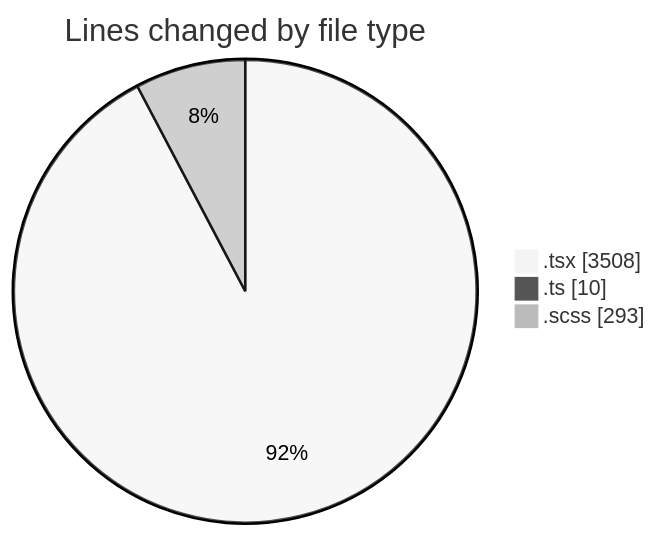
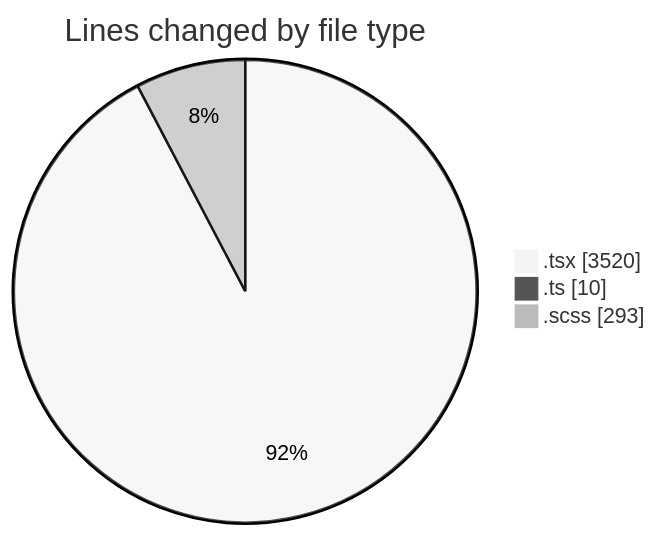
One commit to momahboobian/code-tracking changed the first of 2 diagrams in 2025-11-17/cda/README.md. Above: the diagram before and after it, drawn with Mermaid (neutral theme). The commit also changed other lines of this file and 1 other file, not shown here.

````diff
--- a/2025-11-17/cda/README.md
+++ b/2025-11-17/cda/README.md
@@ -27,7 +27,7 @@
 ```mermaid
 pie showData
 title Lines changed by file type
-".tsx" : 3508
+".tsx" : 3520
 ".ts" : 10
 ".scss" : 293
 ```
````
